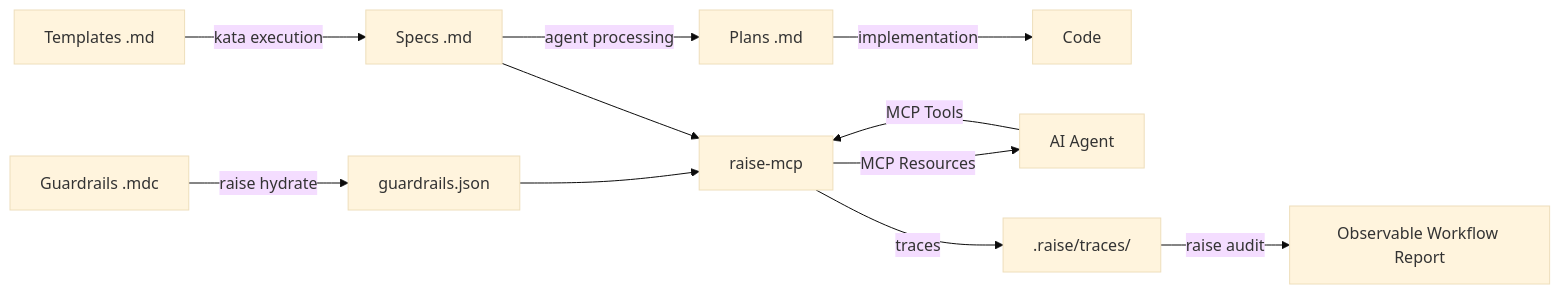
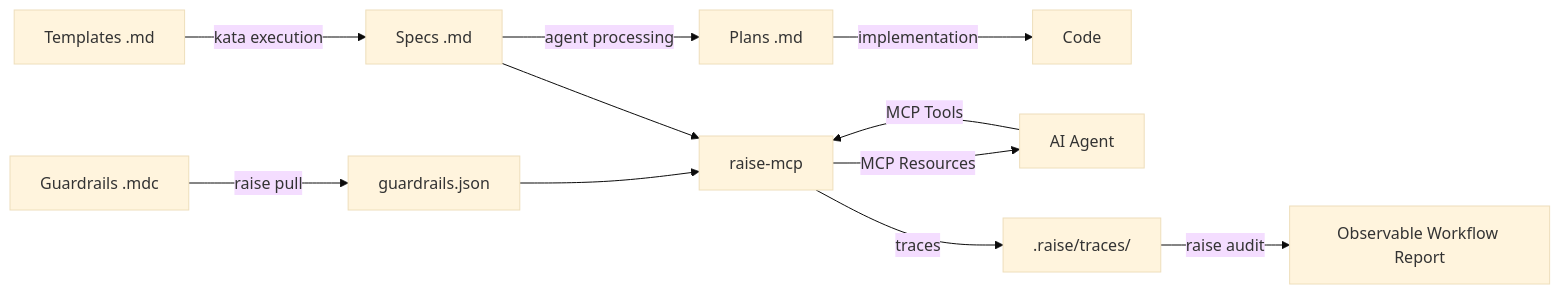
The second of 2 diagrams in docs/ontology/v2/11-data-architecture-v2_1.md (humansys/raise), drawn with Mermaid (base theme) before and after one commit. The commit also changed other lines of this file and 2 other files, not shown here.

First line of the commit message:
feat(cli)!: rename hydrate→pull, validate→kata (ADR-010) -- Migrate CLI ontology for semantic clarity: - raise hydrate → raise pull (Git-aligned) - raise validate → raise kata (Lean-aligned) - --skip-hydrate → --skip-pull

````diff
--- a/docs/ontology/v2/11-data-architecture-v2_1.md
+++ b/docs/ontology/v2/11-data-architecture-v2_1.md
@@ -421,13 +421,13 @@
 ```mermaid
 flowchart LR
-    A[Guardrails .mdc] -->|raise hydrate| B[guardrails.json]
+    A[Guardrails .mdc] -->|raise pull| B[guardrails.json]
     C[Templates .md] -->|kata execution| D[Specs .md]
     D -->|agent processing| E[Plans .md]
     E -->|implementation| F[Code]
     B --> G[raise-mcp]
     D --> G
     G -->|MCP Resources| H[AI Agent]
     H -->|MCP Tools| G
     G -->|traces| I[.raise/traces/]
     I -->|raise audit| J[Observable Workflow Report]
 ```
````
